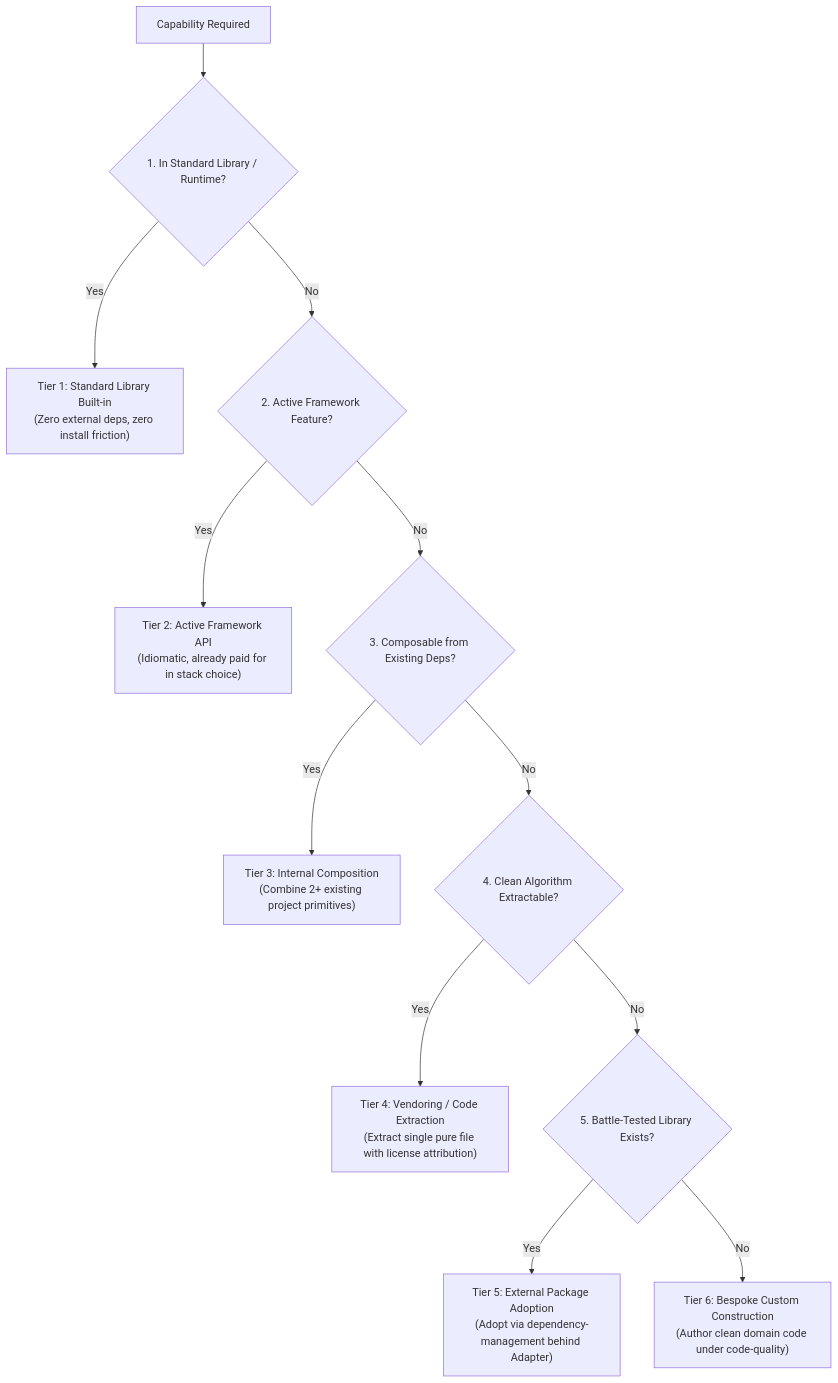
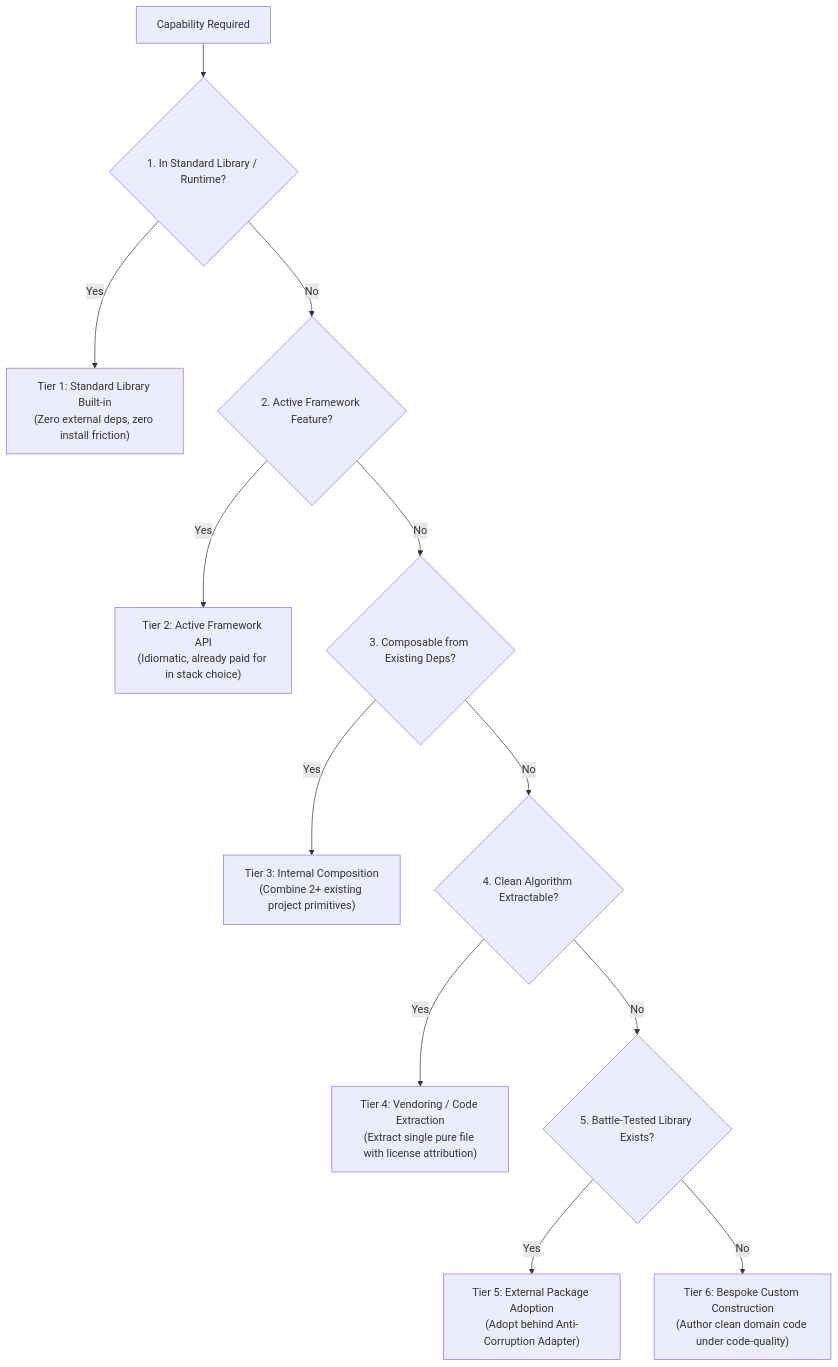
Before and after one commit to gowtham2thrive/agent-grimoire: the second of 2 diagrams in .agents/skills/solution-discovery/SKILL.md, drawn with Mermaid. The commit also changed other lines of this file and 31 other files, not shown here.

````diff
--- a/.agents/skills/solution-discovery/SKILL.md
+++ b/.agents/skills/solution-discovery/SKILL.md
@@ -80,14 +81,14 @@
 ```mermaid
 flowchart TD
     NEED["Capability Required"] --> T1{"1. In Standard Library / Runtime?"}
     T1 -- Yes --> S1["Tier 1: Standard Library Built-in<br/>(Zero external deps, zero install friction)"]
     T1 -- No --> T2{"2. Active Framework Feature?"}
     T2 -- Yes --> S2["Tier 2: Active Framework API<br/>(Idiomatic, already paid for in stack choice)"]
     T2 -- No --> T3{"3. Composable from Existing Deps?"}
     T3 -- Yes --> S3["Tier 3: Internal Composition<br/>(Combine 2+ existing project primitives)"]
     T3 -- No --> T4{"4. Clean Algorithm Extractable?"}
     T4 -- Yes --> S4["Tier 4: Vendoring / Code Extraction<br/>(Extract single pure file with license attribution)"]
     T4 -- No --> T5{"5. Battle-Tested Library Exists?"}
-    T5 -- Yes --> S5["Tier 5: External Package Adoption<br/>(Adopt via dependency-management behind Adapter)"]
+    T5 -- Yes --> S5["Tier 5: External Package Adoption<br/>(Adopt behind Anti-Corruption Adapter)"]
     T5 -- No --> S6["Tier 6: Bespoke Custom Construction<br/>(Author clean domain code under code-quality)"]
 ```
````
